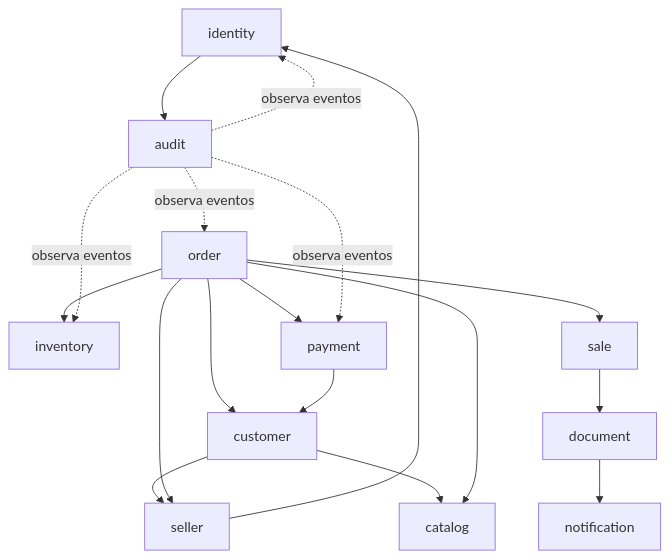
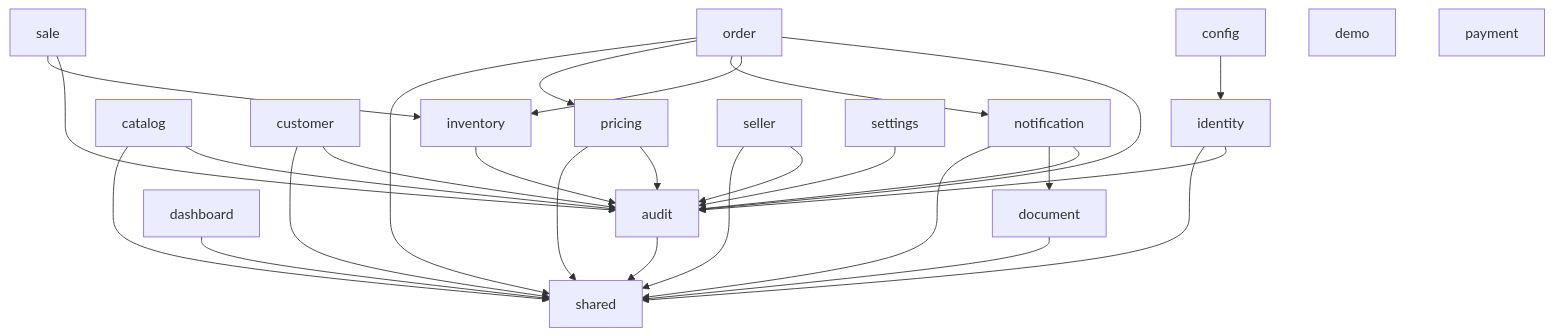
The diagram in docs/architecture/module-boundaries.md (Martinrc93/distribuidoraCore), drawn with Mermaid before and after one commit. The commit also changed other lines of this file and 145 other files, not shown here.

````diff
--- a/docs/architecture/module-boundaries.md
+++ b/docs/architecture/module-boundaries.md
@@ -31,20 +31,31 @@
 ```mermaid
 flowchart TD
+    config --> identity
     identity --> audit
-    seller --> identity
-    customer --> seller
-    customer --> catalog
-    order --> customer
-    order --> catalog
-    order --> seller
+    identity --> shared
+    catalog --> audit
+    catalog --> shared
+    customer --> audit
+    customer --> shared
+    dashboard --> shared
+    document --> shared
+    inventory --> audit
+    notification --> audit
+    notification --> document
+    notification --> shared
+    order --> audit
     order --> inventory
-    order --> sale
-    order --> payment
-    sale --> document
-    payment --> customer
-    document --> notification
-    audit -. observa eventos .-> identity
-    audit -. observa eventos .-> order
-    audit -. observa eventos .-> inventory
-    audit -. observa eventos .-> payment
+    order --> notification
+    order --> pricing
+    order --> shared
+    pricing --> audit
+    pricing --> shared
+    sale --> audit
+    sale --> inventory
+    seller --> audit
+    seller --> shared
+    settings --> audit
+    audit --> shared
+    demo
+    payment
 ```
````
